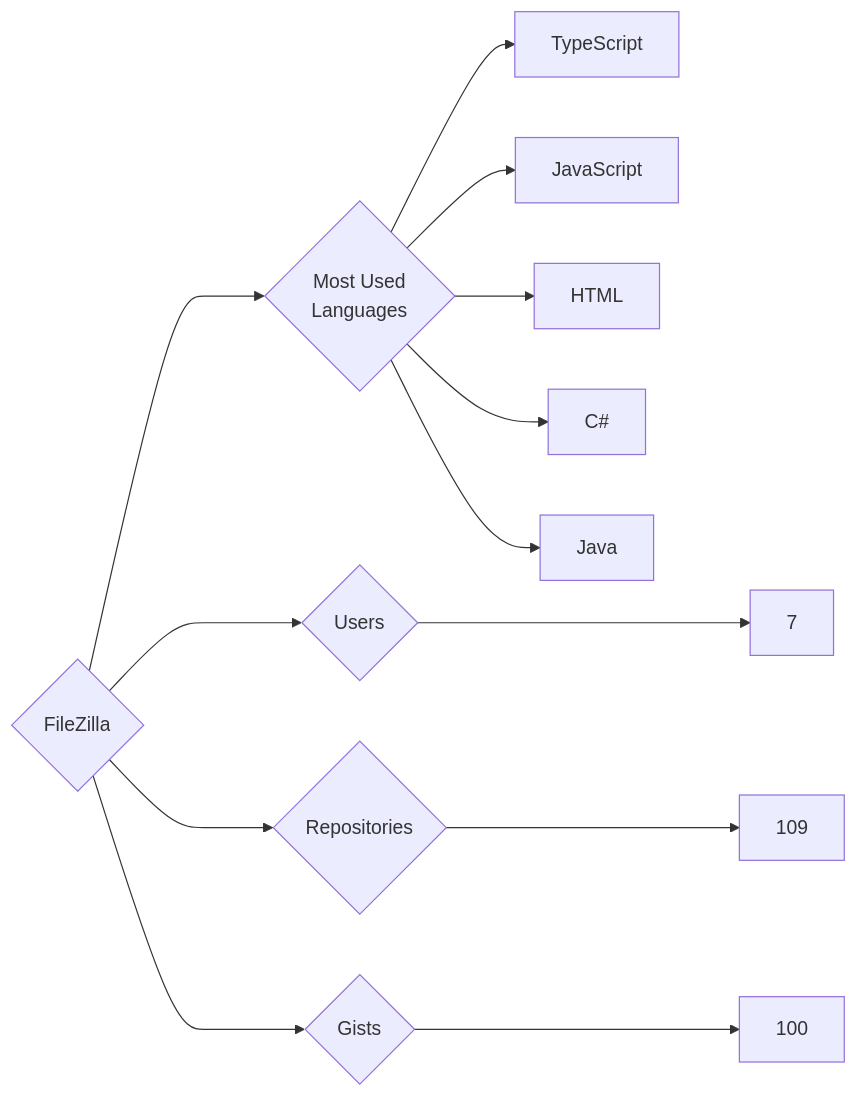
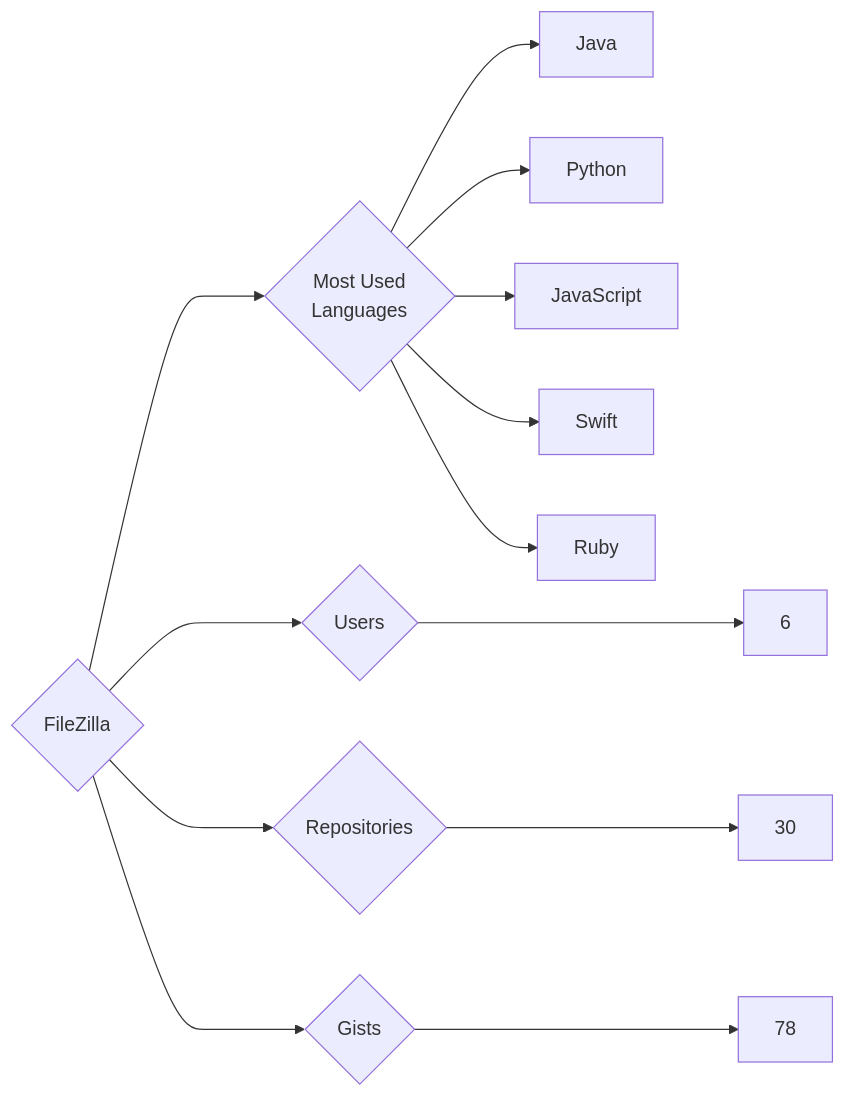
The diagram in targets/FileZilla/README.md (trickest/insiders), drawn with Mermaid before and after one commit. The commit also changed 1238 other files, not shown here.

````diff
--- a/targets/FileZilla/README.md
+++ b/targets/FileZilla/README.md
@@ -3,13 +3,13 @@
 ```mermaid
 graph LR
 COMPANY_NAME{FileZilla}
-COMPANY_NAME ---> U{Users} ---> UN[7]
-COMPANY_NAME ---> R{Repositories} ---> RN[109]
-COMPANY_NAME ---> G{Gists} ---> GN[100]
+COMPANY_NAME ---> U{Users} ---> UN[6]
+COMPANY_NAME ---> R{Repositories} ---> RN[30]
+COMPANY_NAME ---> G{Gists} ---> GN[78]
 COMPANY_NAME ---> ML{Most Used<br>Languages}
-ML --> TypeScript[TypeScript]
+ML --> Java[Java]
+ML --> Python[Python]
 ML --> JavaScript[JavaScript]
-ML --> HTML[HTML]
-ML --> C#[C#]
-ML --> Java[Java]
+ML --> Swift[Swift]
+ML --> Ruby[Ruby]
 ```
````
